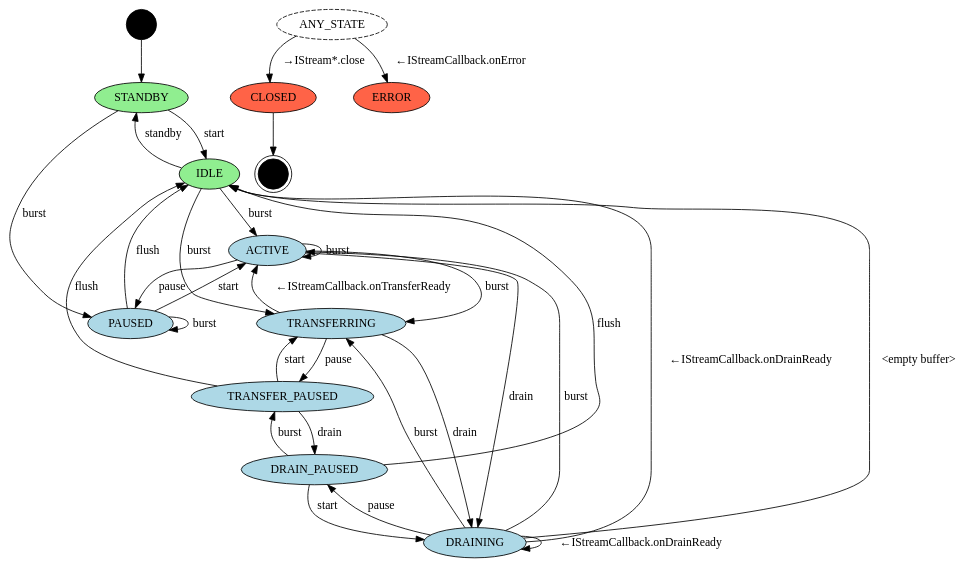
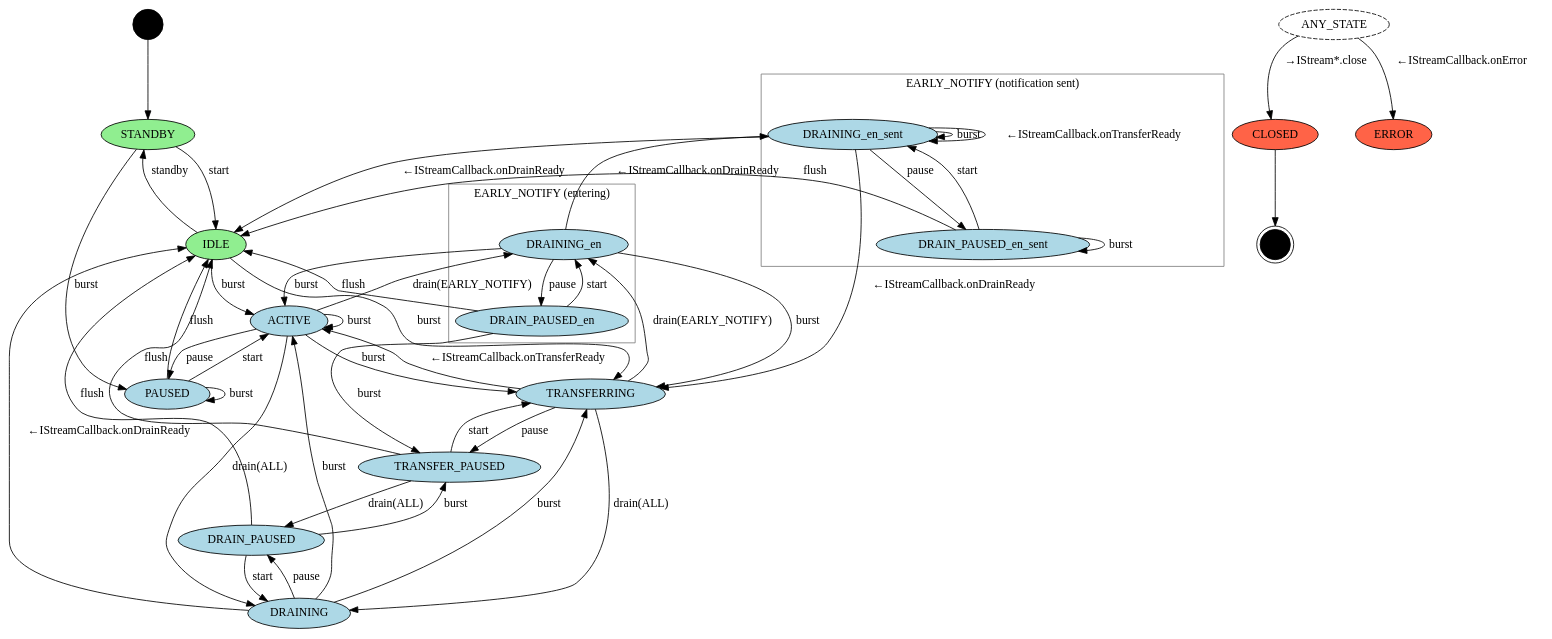
Before and after one commit to msft-mirror-aosp/platform.hardware.interfaces: the diagram in audio/aidl/android/hardware/audio/core/stream-out-async-sm.gv, drawn with Graphviz. The commit also changed 7 other files, not shown here.

First line of the commit message:
audio: Add initial support for clip transition reporting

```diff
--- a/audio/aidl/android/hardware/audio/core/stream-out-async-sm.gv
+++ b/audio/aidl/android/hardware/audio/core/stream-out-async-sm.gv
@@ -1,59 +1,110 @@
 // Copyright (C) 2022 The Android Open Source Project
 //
 // Licensed under the Apache License, Version 2.0 (the "License");
 // you may not use this file except in compliance with the License.
 // You may obtain a copy of the License at
 //
 //      http://www.apache.org/licenses/LICENSE-2.0
 //
 // Unless required by applicable law or agreed to in writing, software
 // distributed under the License is distributed on an "AS IS" BASIS,
 // WITHOUT WARRANTIES OR CONDITIONS OF ANY KIND, either express or implied.
 // See the License for the specific language governing permissions and
 // limitations under the License.
 
 // To render: dot -Tpng stream-out-async-sm.gv -o stream-out-async-sm.png
 digraph stream_out_async_state_machine {
     node [shape=point style=filled fillcolor=black width=0.5] I;
     node [shape=doublecircle width=0.5] F;
     node [shape=oval width=1];
     node [fillcolor=lightgreen] STANDBY;  // buffer is empty
     node [fillcolor=lightgreen] IDLE;     // buffer is empty
     node [fillcolor=tomato] CLOSED;
     node [fillcolor=tomato] ERROR;
     node [style=dashed] ANY_STATE;
     node [fillcolor=lightblue style=filled];
     // Note that when the consumer (h/w) is passive, "burst" operations
     // complete synchronously, bypassing the TRANSFERRING state.
     I -> STANDBY;
     STANDBY -> IDLE [label="start"];                  // consumer -> active
     STANDBY -> PAUSED [label="burst"];                // producer -> active
     IDLE -> STANDBY [label="standby"];                // consumer -> passive
     IDLE -> TRANSFERRING [label="burst"];             // producer -> active
     IDLE -> ACTIVE [label="burst"];                   // full write
     ACTIVE -> PAUSED [label="pause"];                 // consumer -> passive (not consuming)
-    ACTIVE -> DRAINING [label="drain"];               // producer -> passive
+    ACTIVE -> DRAINING [label="drain(ALL)"];          // producer -> passive
+    ACTIVE -> DRAINING_en [label="drain(EARLY_NOTIFY)"];  // prepare for clip transition
     ACTIVE -> TRANSFERRING [label="burst"];           // early unblocking
     ACTIVE -> ACTIVE [label="burst"];                 // full write
     TRANSFERRING -> ACTIVE [label="←IStreamCallback.onTransferReady"];
     TRANSFERRING -> TRANSFER_PAUSED [label="pause"];  // consumer -> passive (not consuming)
-    TRANSFERRING -> DRAINING [label="drain"];         // producer -> passive
+    TRANSFERRING -> DRAINING [label="drain(ALL)"];    // producer -> passive
+    TRANSFERRING -> DRAINING_en [label="drain(EARLY_NOTIFY)"]; // prepare for clip transition
     TRANSFER_PAUSED -> TRANSFERRING [label="start"];  // consumer -> active
-    TRANSFER_PAUSED -> DRAIN_PAUSED [label="drain"];  // producer -> passive
+    TRANSFER_PAUSED -> DRAIN_PAUSED [label="drain(ALL)"];  // producer -> passive
     TRANSFER_PAUSED -> IDLE [label="flush"];          // buffer is cleared
     PAUSED -> PAUSED [label="burst"];
     PAUSED -> ACTIVE [label="start"];                 // consumer -> active
     PAUSED -> IDLE [label="flush"];                   // producer -> passive, buffer is cleared
     DRAINING -> IDLE [label="←IStreamCallback.onDrainReady"];
-    DRAINING -> DRAINING [label="←IStreamCallback.onDrainReady"];  // allowed for `DRAIN_EARLY_NOTIFY`
-    DRAINING -> IDLE [label="<empty buffer>"];        // allowed for `DRAIN_EARLY_NOTIFY`
     DRAINING -> TRANSFERRING [label="burst"];         // producer -> active
     DRAINING -> ACTIVE [label="burst"];               // full write
     DRAINING -> DRAIN_PAUSED [label="pause"];         // consumer -> passive (not consuming)
     DRAIN_PAUSED -> DRAINING [label="start"];         // consumer -> active
     DRAIN_PAUSED -> TRANSFER_PAUSED [label="burst"];  // producer -> active
     DRAIN_PAUSED -> IDLE [label="flush"];             // buffer is cleared
+    // Note that the states in both clusters are combined with 'DRAINING' and 'DRAIN_PAUSED'
+    // state at the API level. The 'en' and 'en_sent' attributes only belong to the internal
+    // state of the stream and are not observable outside.
+    subgraph cluster_early_notify_entering {
+        // The stream is preparing for a transition between two clips. After
+        // receiving 'drain(EARLY_NOTIFY)' command, the stream continues playing
+        // the current clip, and at some point notifies the client that it is
+        // ready for the next clip data by issuing the first 'onDrainReady'
+        // callback.
+        label="EARLY_NOTIFY (entering)";
+        color=gray;
+        // Getting 'burst' or 'flush' command in these states resets the "clip
+        // transition" mode.
+        DRAINING_en;
+        DRAIN_PAUSED_en;
+    }
+    subgraph cluster_early_notify_notification_sent {
+        // After the stream has sent "onDrainReady", the client can now send
+        // 'burst' commands with the data of the next clip. These 'bursts' are
+        // always "early unblocking" because the previous clip is still playing
+        // thus the stream is unable to play any of the received data
+        // synchronously (in other words, it can not do a "full write"). To
+        // indicate readiness to accept the next burst the stream uses the usual
+        // 'onTransferReady' callback.
+        label="EARLY_NOTIFY (notification sent)";
+        color=gray;
+        // The state machine remains in these states until the current clip ends
+        // playing. When it ends, the stream sends 'onDrainReady' (note that
+        // it's the second 'onDrainReady' for the same 'drain(EARLY_NOTIFY)'),
+        // and transitions either to 'IDLE' if there is no data for the next
+        // clip, or to 'TRANSFERRING' otherwise. Note that it can not transition
+        // to 'ACTIVE' because that transition is associated with
+        // 'onTransferReady' callback.
+        DRAINING_en_sent;
+        DRAIN_PAUSED_en_sent;
+    }
+    DRAINING_en -> TRANSFERRING [label="burst"];                  // producer -> active
+    DRAINING_en -> ACTIVE [label="burst"];                        // full write
+    DRAINING_en -> DRAIN_PAUSED_en [label="pause"];               // consumer -> passive (not consuming)
+    DRAINING_en -> DRAINING_en_sent [label="←IStreamCallback.onDrainReady"];
+    DRAIN_PAUSED_en -> DRAINING_en [label="start"];               // consumer -> active
+    DRAIN_PAUSED_en -> TRANSFER_PAUSED [label="burst"];           // producer -> active
+    DRAIN_PAUSED_en -> IDLE [label="flush"];                      // buffer is cleared
+    DRAINING_en_sent -> DRAINING_en_sent [label="burst"];
+    DRAINING_en_sent -> DRAINING_en_sent [label="←IStreamCallback.onTransferReady"];
+    DRAINING_en_sent -> DRAIN_PAUSED_en_sent [label="pause"];     // consumer -> passive (not consuming)
+    DRAINING_en_sent -> TRANSFERRING [label="←IStreamCallback.onDrainReady"];
+    DRAINING_en_sent -> IDLE [label="←IStreamCallback.onDrainReady"];
+    DRAIN_PAUSED_en_sent -> DRAINING_en_sent [label="start"];     // consumer -> active
+    DRAIN_PAUSED_en_sent -> DRAIN_PAUSED_en_sent [label="burst"]; // producer -> active
+    DRAIN_PAUSED_en_sent -> IDLE [label="flush"];                 // buffer is cleared
     ANY_STATE -> ERROR [label="←IStreamCallback.onError"];
     ANY_STATE -> CLOSED [label="→IStream*.close"];
     CLOSED -> F;
 }
```
